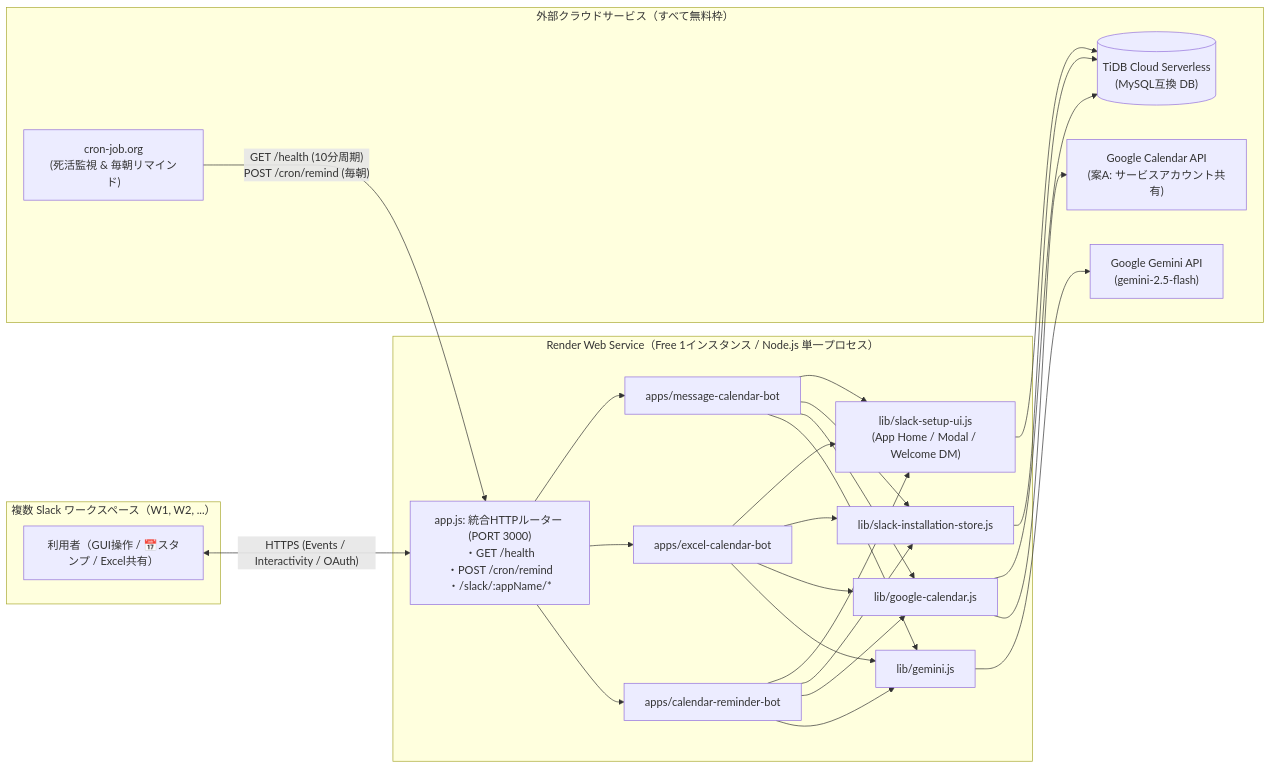
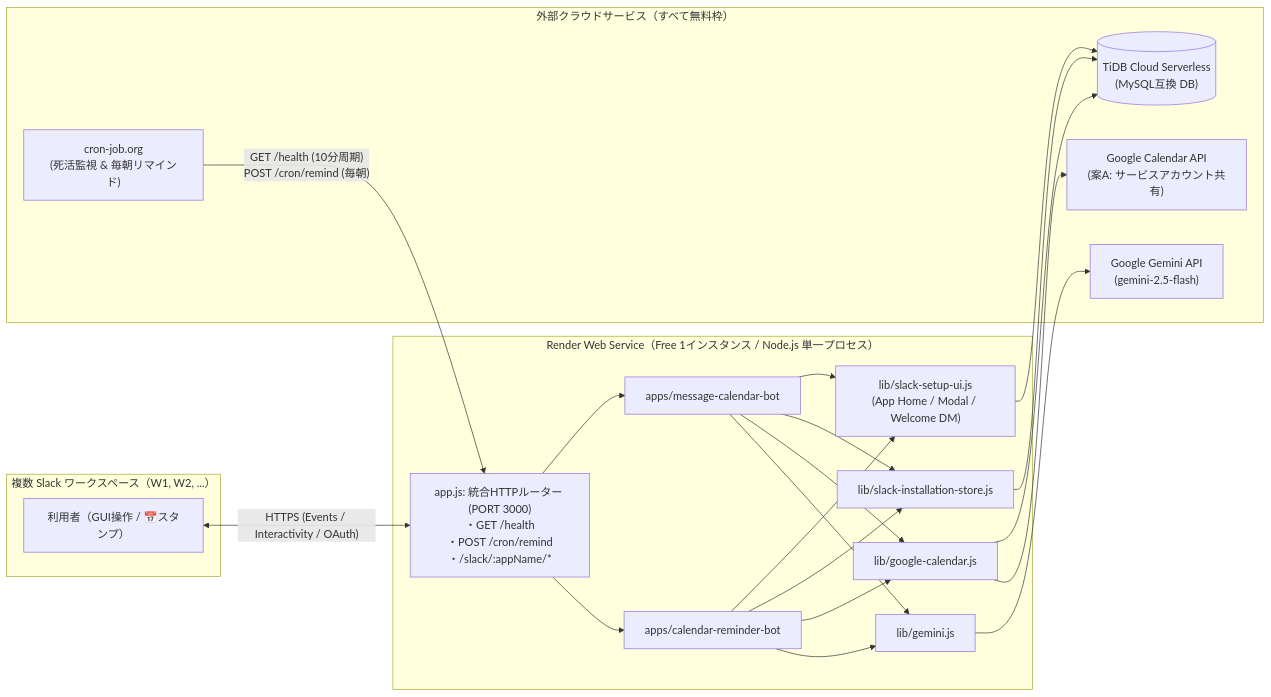
One commit to 1031matsuchi/slack-extension-app changed the second of 2 diagrams in docs/specs/REQUIREMENTS.md. Above: the diagram before and after it, drawn with Mermaid. The commit also changed other lines of this file and 22 other files, not shown here.

````diff
--- a/docs/specs/REQUIREMENTS.md
+++ b/docs/specs/REQUIREMENTS.md
@@ -124,32 +119,31 @@
 ```mermaid
 flowchart LR
   subgraph Workspaces["複数 Slack ワークスペース（W1, W2, ...）"]
-    U["利用者（GUI操作 / 📅スタンプ / Excel共有）"]
+    U["利用者（GUI操作 / 📅スタンプ）"]
   end
 
   subgraph Render["Render Web Service（Free 1インスタンス / Node.js 単一プロセス）"]
     Router["app.js: 統合HTTPルーター (PORT 3000)<br>・GET /health<br>・POST /cron/remind<br>・/slack/:appName/*"]
     Bot1["apps/message-calendar-bot"]
-    Bot2["apps/excel-calendar-bot"]
-    Bot3["apps/calendar-reminder-bot"]
+    Bot2["apps/calendar-reminder-bot"]
     UI["lib/slack-setup-ui.js<br>(App Home / Modal / Welcome DM)"]
     Store["lib/slack-installation-store.js"]
     GCal["lib/google-calendar.js"]
     Gem["lib/gemini.js"]
   end
 
   subgraph External["外部クラウドサービス（すべて無料枠）"]
     TiDB[("TiDB Cloud Serverless<br>(MySQL互換 DB)")]
     GeminiAPI["Google Gemini API<br>(gemini-2.5-flash)"]
     CalAPI["Google Calendar API<br>(案A: サービスアカウント共有)"]
     Cron["cron-job.org<br>(死活監視 & 毎朝リマインド)"]
   end
 
   U <-->|"HTTPS (Events / Interactivity / OAuth)"| Router
   Cron -->|"GET /health (10分周期)<br>POST /cron/remind (毎朝)"| Router
-  Router --> Bot1 & Bot2 & Bot3
-  Bot1 & Bot2 & Bot3 --> UI & Store & GCal & Gem
+  Router --> Bot1 & Bot2
+  Bot1 & Bot2 --> UI & Store & GCal & Gem
   Store & UI & GCal --> TiDB
   Gem --> GeminiAPI
   GCal --> CalAPI
 ```
````
